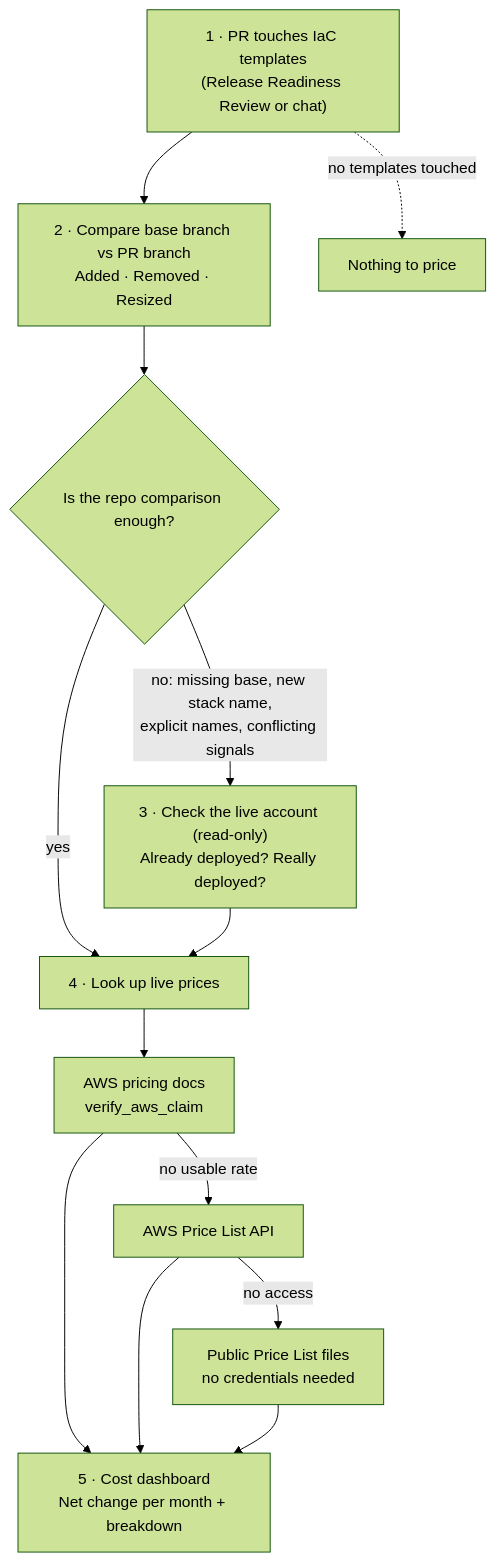
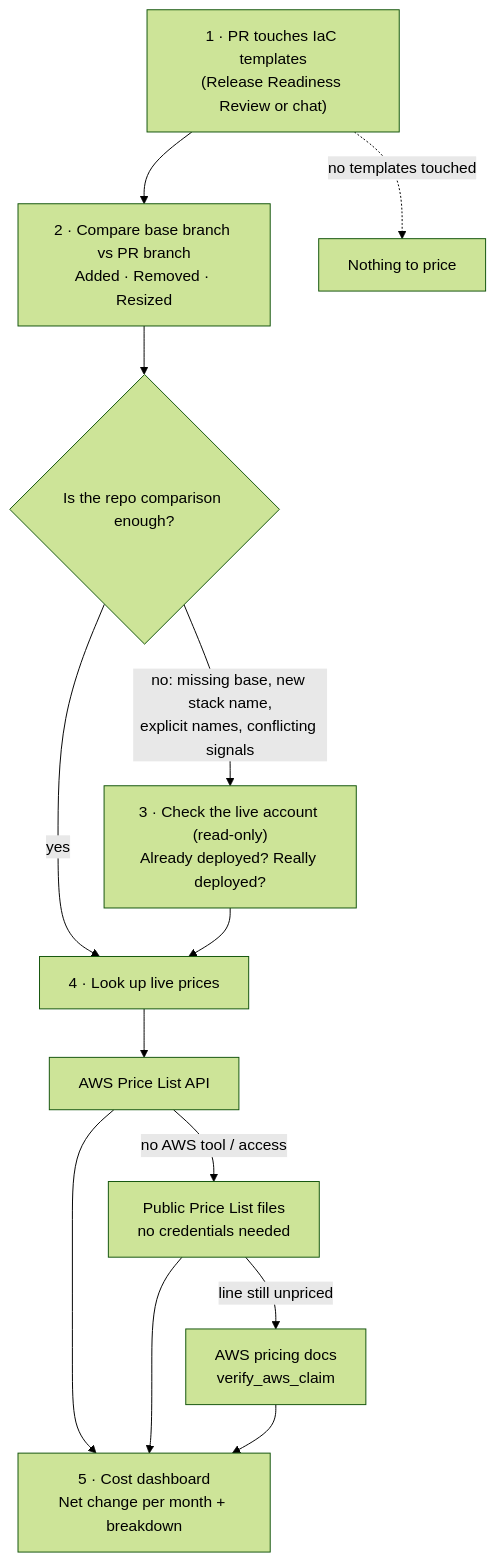
One commit to aws/tools-for-devops-agent changed the diagram in skills/iac-change-cost-preview/README.md. Above: the diagram before and after it, drawn with Mermaid (forest theme). The commit also changed other lines of this file and 1 other file, not shown here.

````diff
--- a/skills/iac-change-cost-preview/README.md
+++ b/skills/iac-change-cost-preview/README.md
@@ -41,15 +45,15 @@
 ```mermaid
 flowchart TD
     A["1 · PR touches IaC templates<br/>(Release Readiness Review or chat)"] --> B["2 · Compare base branch vs PR branch<br/>Added · Removed · Resized"]
     A -. no templates touched .-> X["Nothing to price"]
     B --> Q{"Is the repo comparison enough?"}
     Q -- yes --> D["4 · Look up live prices"]
     Q -- "no: missing base, new stack name,<br/>explicit names, conflicting signals" --> C["3 · Check the live account (read-only)<br/>Already deployed? Really deployed?"]
     C --> D
-    D --> D1["AWS pricing docs<br/>verify_aws_claim"]
-    D1 -- no usable rate --> D2["AWS Price List API"]
-    D2 -- no access --> D3["Public Price List files<br/>no credentials needed"]
+    D --> D1["AWS Price List API"]
+    D1 -- no AWS tool / access --> D2["Public Price List files<br/>no credentials needed"]
+    D2 -- line still unpriced --> D3["AWS pricing docs<br/>verify_aws_claim"]
     D1 --> E
     D2 --> E
     D3 --> E["5 · Cost dashboard<br/>Net change per month + breakdown"]
 ```
````
